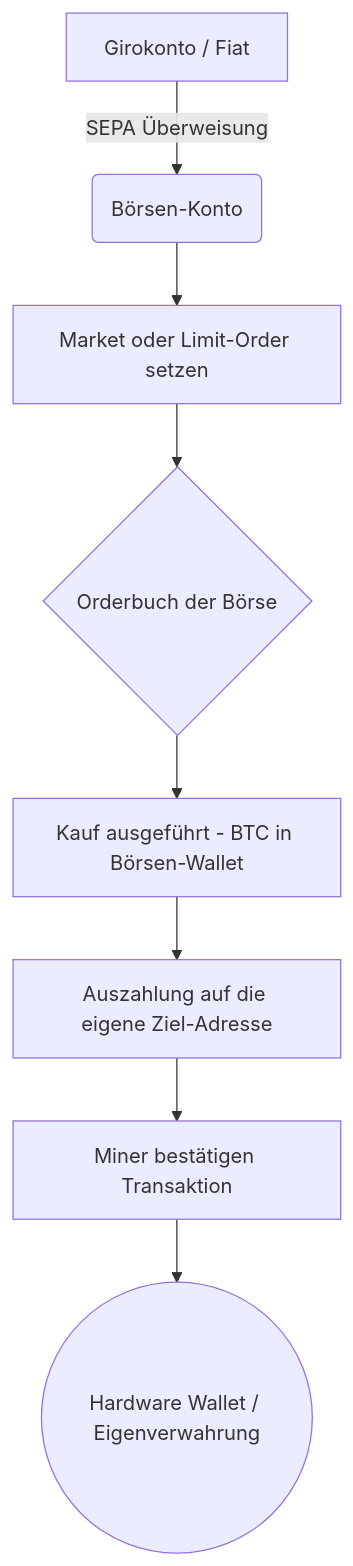
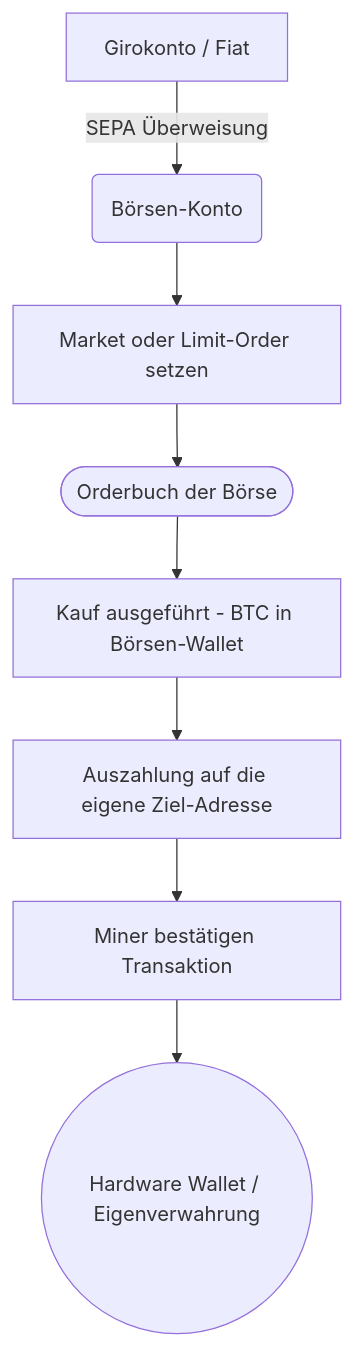
The diagram in src/content/blog/de/bitcoin-kaufen-anleitung.mdx (annabraun015-stack/krypto-watch), drawn with Mermaid before and after one commit. The commit also changed other lines of this file and 53 other files, not shown here.

```diff
--- a/src/content/blog/de/bitcoin-kaufen-anleitung.mdx
+++ b/src/content/blog/de/bitcoin-kaufen-anleitung.mdx
@@ -64,10 +64,10 @@
 <div class="mermaid">
 graph TD
     A[Girokonto / Fiat] -->|SEPA Überweisung| B(Börsen-Konto)
     B --> C[Market oder Limit-Order setzen]
-    C --> D{Orderbuch der Börse}
+    C --> D([Orderbuch der Börse])
     D --> E[Kauf ausgeführt - BTC in Börsen-Wallet]
     E --> F[Auszahlung auf die eigene Ziel-Adresse]
     F --> G[Miner bestätigen Transaktion]
     G --> H((Hardware Wallet / Eigenverwahrung))
 </div>
```
